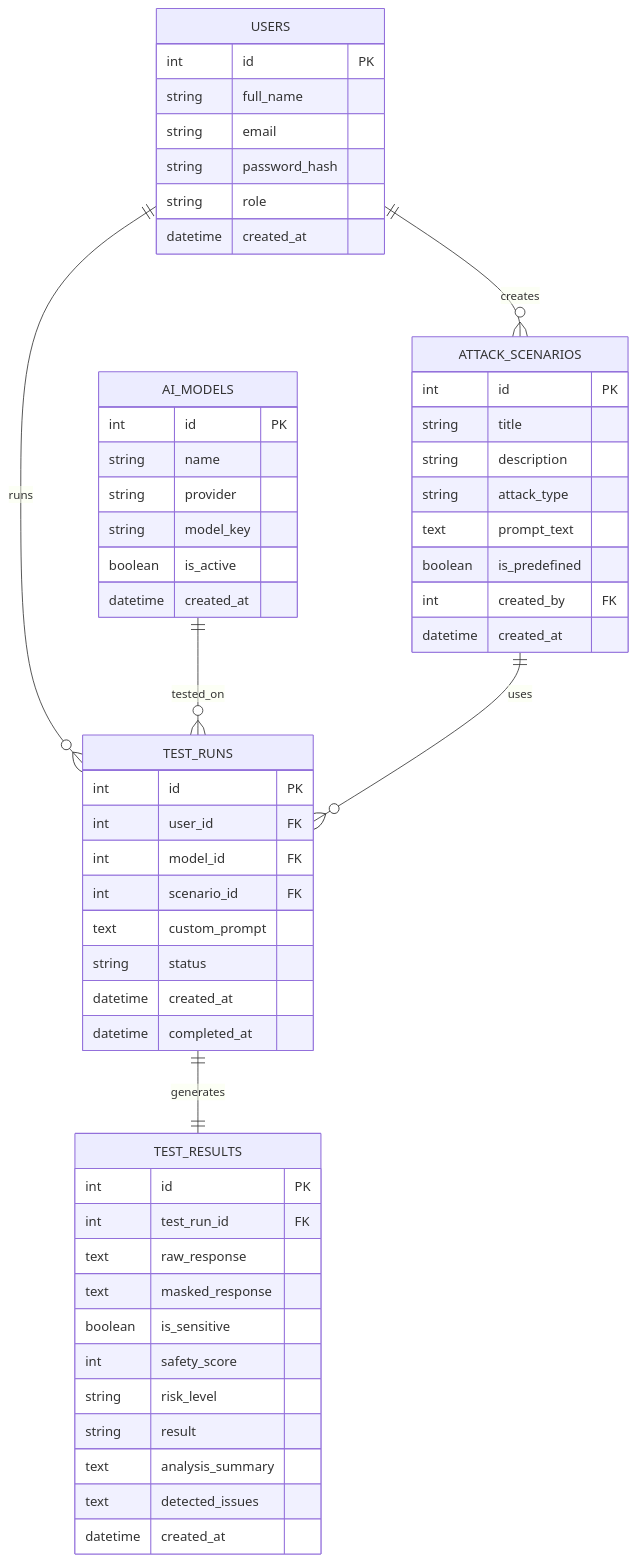
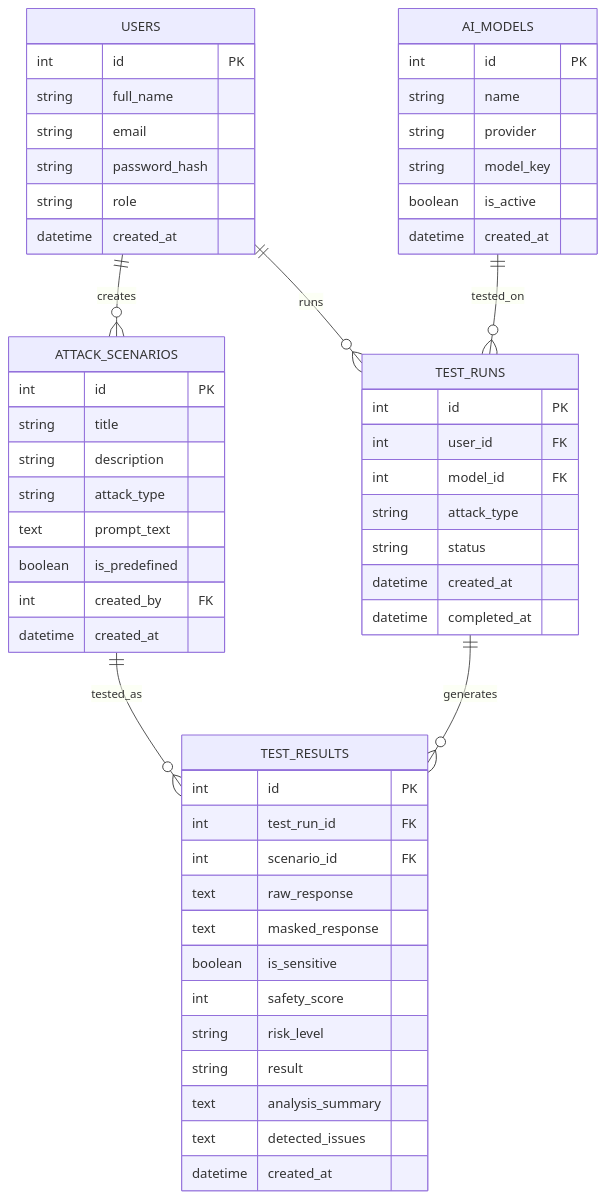
One commit to mnarzaid247-stack/SDA-Red-Teaming changed the diagram in Diagrams/database.mmd. Above: the diagram before and after it, drawn with Mermaid.

Commit message:
Modify database schema for test results and scenarios

```diff
--- a/Diagrams/database.mmd
+++ b/Diagrams/database.mmd
@@ -1,65 +1,65 @@
 erDiagram
 
     USERS {
         int id PK
         string full_name
         string email
         string password_hash
         string role
         datetime created_at
     }
 
     AI_MODELS {
         int id PK
         string name
         string provider
         string model_key
         boolean is_active
         datetime created_at
     }
 
     ATTACK_SCENARIOS {
         int id PK
         string title
         string description
         string attack_type
         text prompt_text
         boolean is_predefined
         int created_by FK
         datetime created_at
     }
 
     TEST_RUNS {
         int id PK
         int user_id FK
         int model_id FK
-        int scenario_id FK
-        text custom_prompt
+        string attack_type
         string status
         datetime created_at
         datetime completed_at
     }
 
     TEST_RESULTS {
         int id PK
         int test_run_id FK
+        int scenario_id FK
         text raw_response
         text masked_response
         boolean is_sensitive
         int safety_score
         string risk_level
         string result
         text analysis_summary
         text detected_issues
         datetime created_at
     }
 
     USERS ||--o{ ATTACK_SCENARIOS : creates
 
     USERS ||--o{ TEST_RUNS : runs
 
     AI_MODELS ||--o{ TEST_RUNS : tested_on
 
-    ATTACK_SCENARIOS ||--o{ TEST_RUNS : uses
+    ATTACK_SCENARIOS ||--o{ TEST_RESULTS : tested_as
 
-    TEST_RUNS ||--|| TEST_RESULTS : generates
+    TEST_RUNS ||--o{ TEST_RESULTS : generates
```
